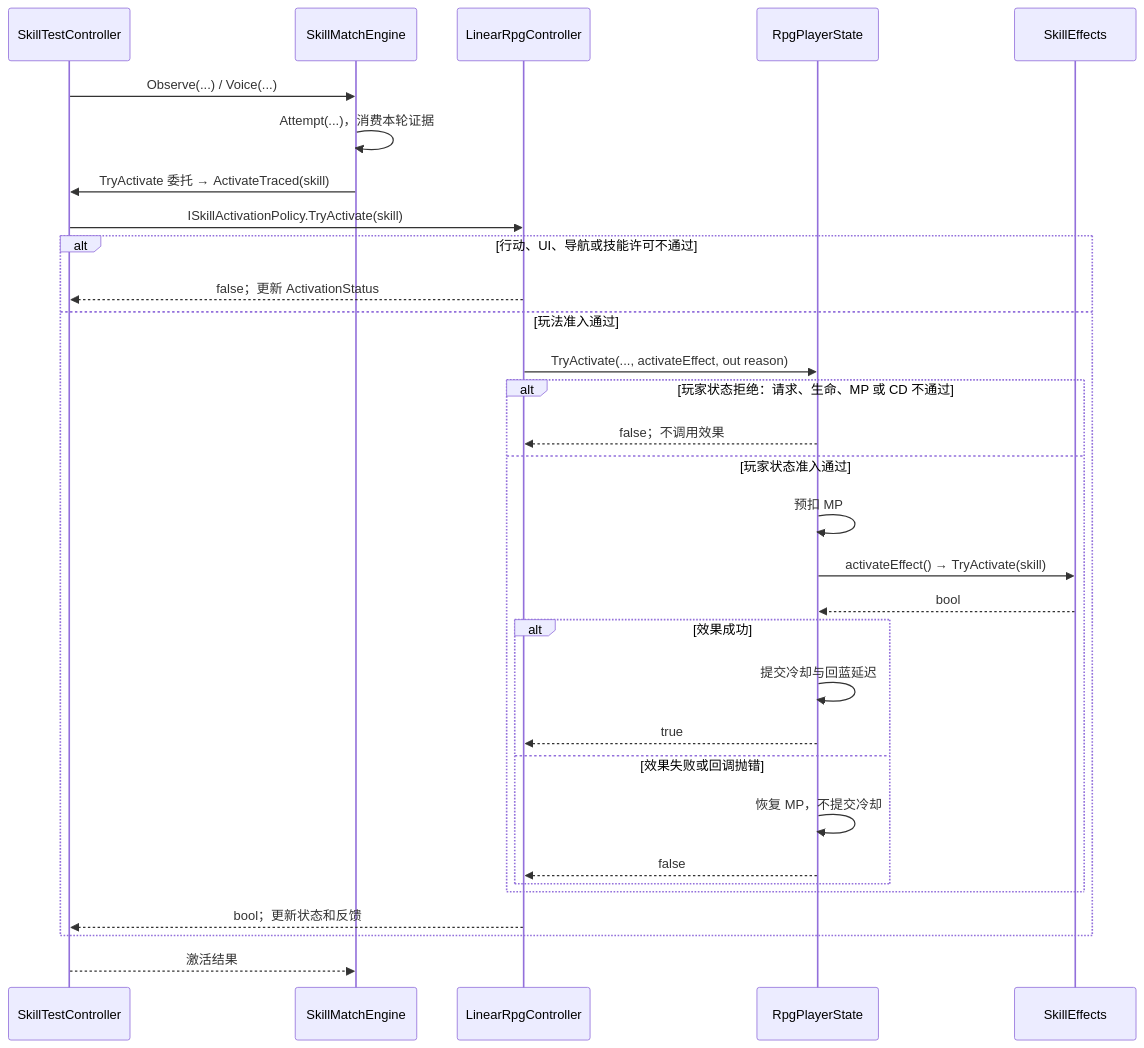
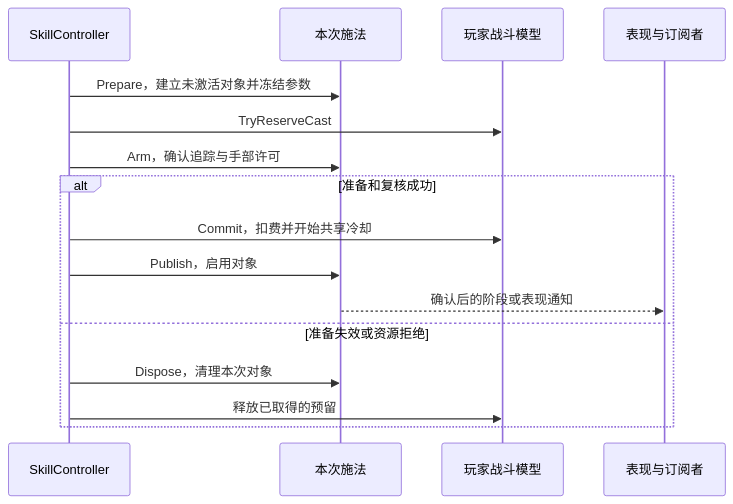
The third of 3 diagrams in docs/architecture/SKILL_SYSTEM_CLASS_DIAGRAM_ZH.md (lphahapl/unity-xr-multimodal-spellcasting), drawn with Mermaid before and after one commit. The commit also changed other lines of this file and 398 other files, not shown here.

```diff
--- a/docs/architecture/SKILL_SYSTEM_CLASS_DIAGRAM_ZH.md
+++ b/docs/architecture/SKILL_SYSTEM_CLASS_DIAGRAM_ZH.md
@@ -422,33 +44,18 @@
 ~~~mermaid
 sequenceDiagram
-    participant C as SkillTestController
-    participant M as SkillMatchEngine
-    participant R as LinearRpgController
-    participant P as RpgPlayerState
-    participant E as SkillEffects
-    C->>M: Observe(...) / Voice(...)
-    M->>M: Attempt(...)，消费本轮证据
-    M->>C: TryActivate 委托 → ActivateTraced(skill)
-    C->>R: ISkillActivationPolicy.TryActivate(skill)
-    alt 行动、UI、导航或技能许可不通过
-        R-->>C: false；更新 ActivationStatus
-    else 玩法准入通过
-        R->>P: TryActivate(..., activateEffect, out reason)
-        alt 玩家状态拒绝：请求、生命、MP 或 CD 不通过
-            P-->>R: false；不调用效果
-        else 玩家状态准入通过
-            P->>P: 预扣 MP
-            P->>E: activateEffect() → TryActivate(skill)
-            E-->>P: bool
-            alt 效果成功
-                P->>P: 提交冷却与回蓝延迟
-                P-->>R: true
-            else 效果失败或回调抛错
-                P->>P: 恢复 MP，不提交冷却
-                P-->>R: false
-            end
-        end
-        R-->>C: bool；更新状态和反馈
+    participant S as SkillController
+    participant C as 本次施法
+    participant P as 玩家战斗模型
+    participant V as 表现与订阅者
+    S->>C: Prepare，建立未激活对象并冻结参数
+    S->>P: TryReserveCast
+    S->>C: Arm，确认追踪与手部许可
+    alt 准备和复核成功
+        S->>P: Commit，扣费并开始共享冷却
+        S->>C: Publish，启用对象
+        C-->>V: 确认后的阶段或表现通知
+    else 准备失效或资源拒绝
+        S->>C: Dispose，清理本次对象
+        S->>P: 释放已取得的预留
     end
-    C-->>M: 激活结果
 ~~~
```
